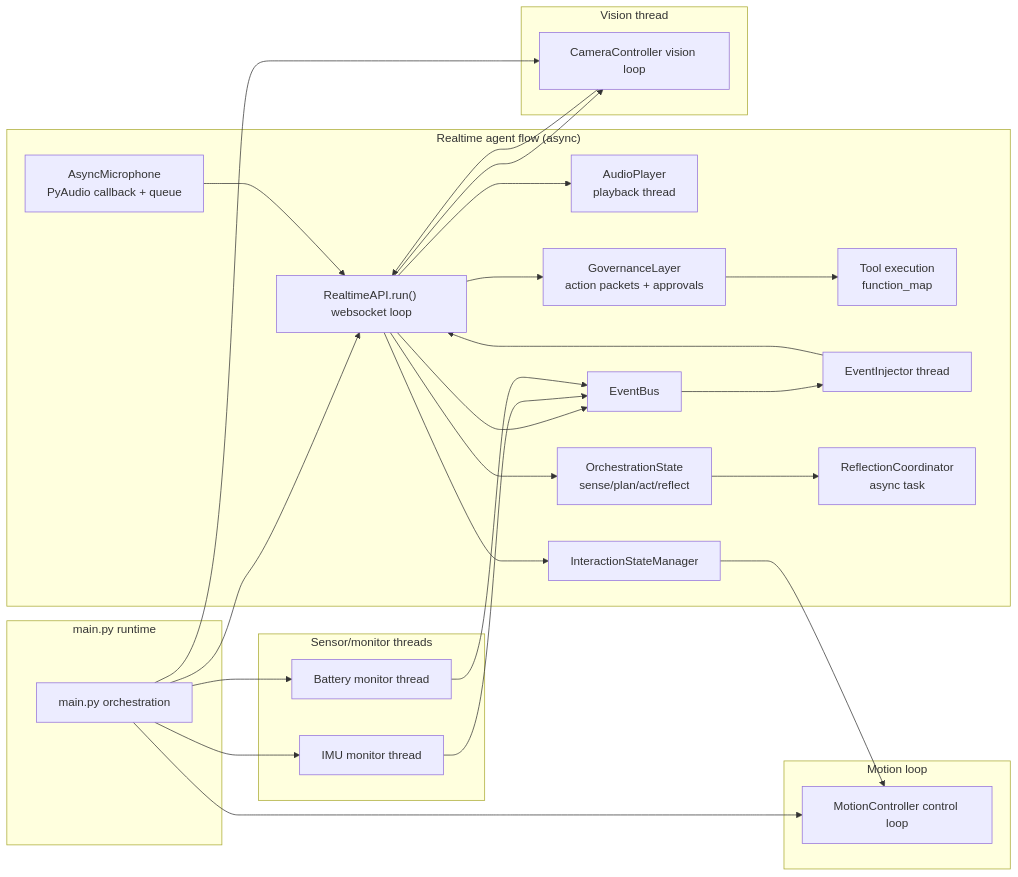
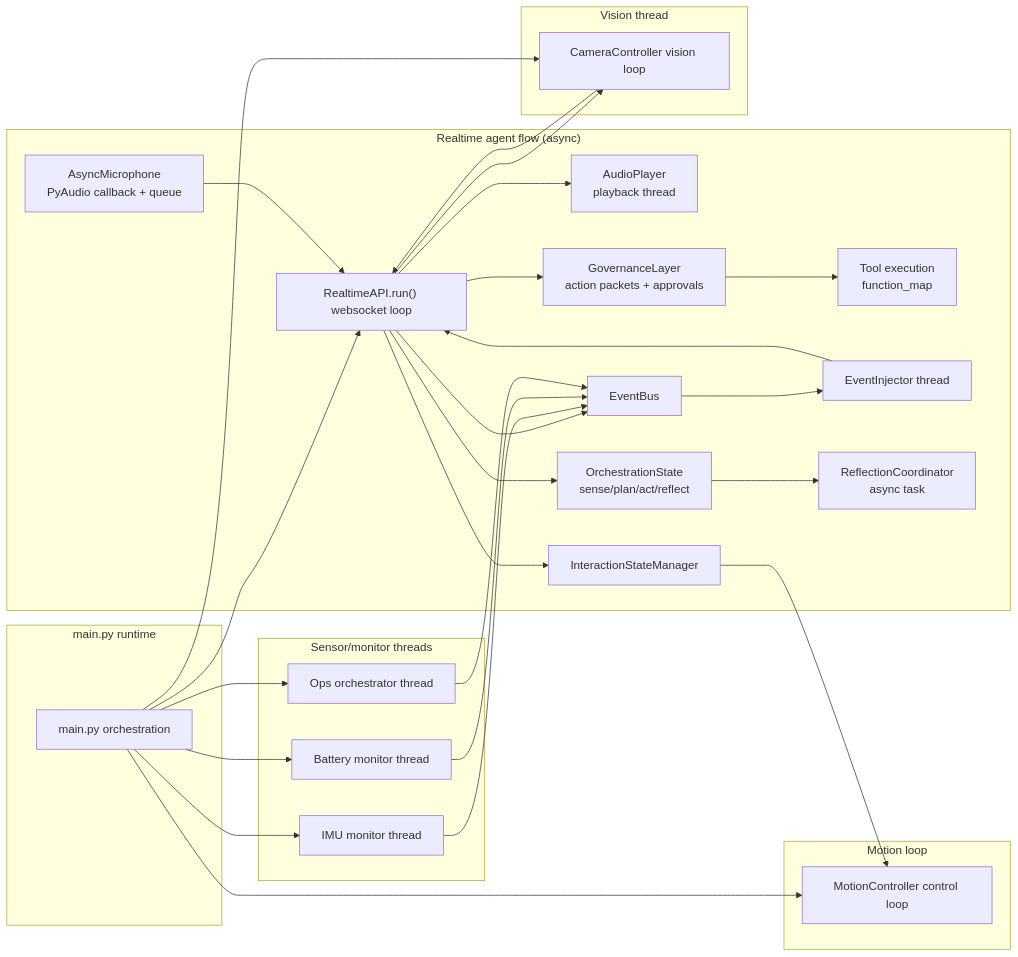
The diagram in docs/agent-map.md (noog6/pyPiBot), drawn with Mermaid before and after one commit. The commit also changed other lines of this file and 2 other files, not shown here.

Commit message:
Update ops monitoring documentation

````diff
--- a/docs/agent-map.md
+++ b/docs/agent-map.md
@@ -43,57 +46,60 @@
 ```mermaid
 flowchart LR
     subgraph Runtime["main.py runtime"]
         MAIN[main.py orchestration]
     end
 
     subgraph Realtime["Realtime agent flow (async)"]
         WS["RealtimeAPI.run() websocket loop"]
         MIC["AsyncMicrophone<br/>PyAudio callback + queue"]
         PLAYER["AudioPlayer<br/>playback thread"]
         GOV["GovernanceLayer<br/>action packets + approvals"]
         TOOLS["Tool execution<br/>function_map"]
         BUS["EventBus"]
         INJECT["EventInjector thread"]
         STATE[InteractionStateManager]
         ORCH["OrchestrationState<br/>sense/plan/act/reflect"]
         REFLECTOR["ReflectionCoordinator<br/>async task"]
     end
 
     subgraph Sensors["Sensor/monitor threads"]
         IMU[IMU monitor thread]
         BAT[Battery monitor thread]
+        OPS[Ops orchestrator thread]
     end
 
     subgraph Vision["Vision thread"]
         CAM[CameraController vision loop]
     end
 
     subgraph Motion["Motion loop"]
         MOTION[MotionController control loop]
     end
 
     MAIN --> WS
     MAIN --> CAM
     MAIN --> MOTION
     MAIN --> IMU
     MAIN --> BAT
+    MAIN --> OPS
 
     MIC --> WS
     WS --> PLAYER
     WS --> GOV
     GOV --> TOOLS
     WS --> BUS
     BUS --> INJECT
     INJECT --> WS
     WS --> STATE
     WS --> ORCH
     ORCH --> REFLECTOR
 
     IMU --> BUS
     BAT --> BUS
+    OPS --> BUS
 
     CAM --> WS
     WS --> CAM
 
     STATE --> MOTION
 ```
````
